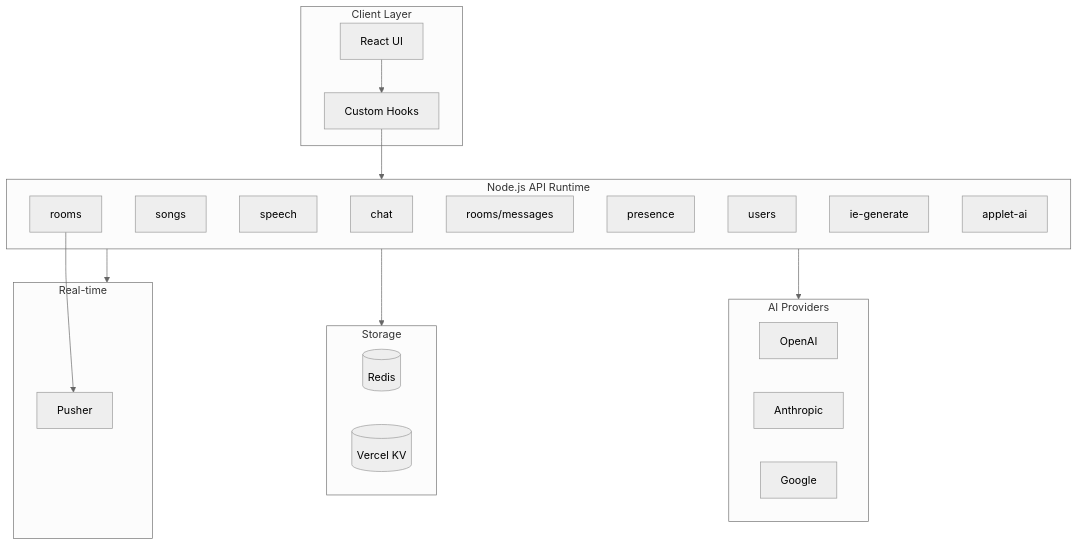
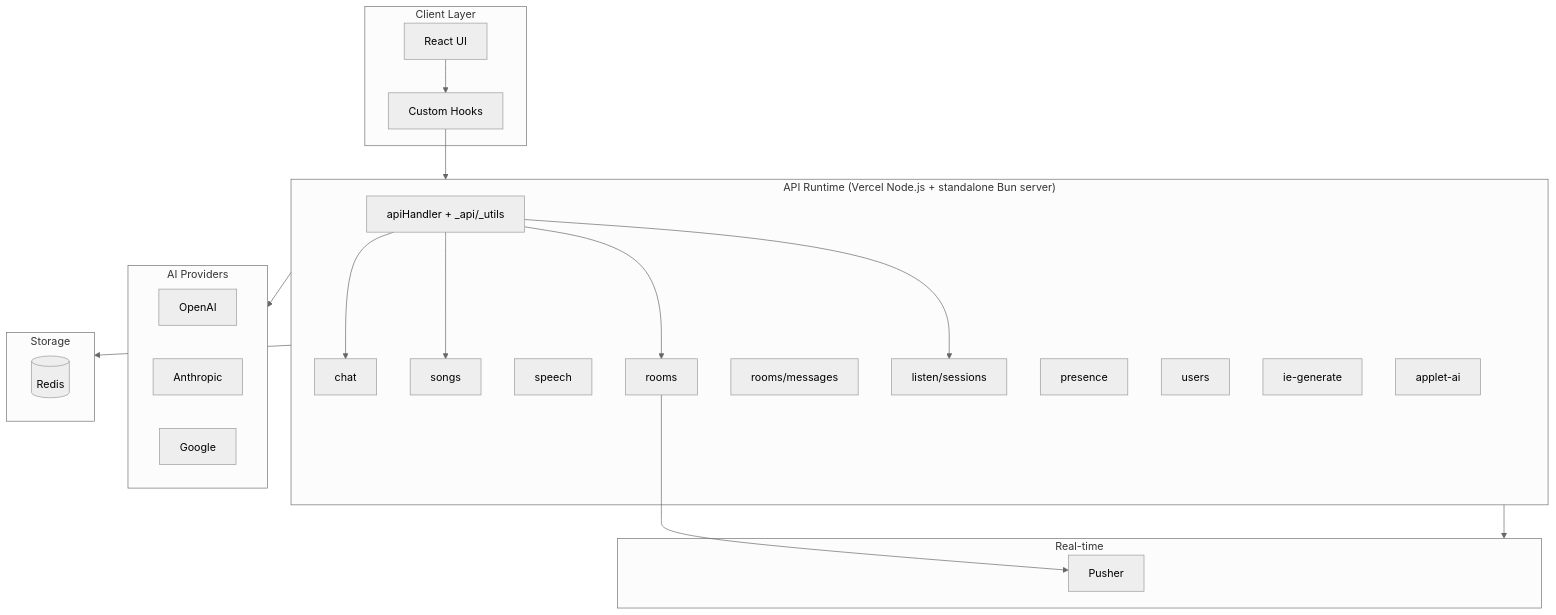
The first of 3 diagrams in docs/1.2-api-architecture.md (ryokun6/ryos), drawn with Mermaid (neutral theme) before and after one commit. The commit also changed other lines of this file and 2 other files, not shown here.

Commit message:
docs: refresh overview and architecture docs

````diff
--- a/docs/1.2-api-architecture.md
+++ b/docs/1.2-api-architecture.md
@@ -7,41 +7,46 @@
 ```mermaid
 graph TB
     subgraph Client["Client Layer"]
         UI[React UI]
         Hooks[Custom Hooks]
     end
     
-    subgraph API["Node.js API Runtime"]
+    subgraph API["API Runtime (Vercel Node.js + standalone Bun server)"]
+        Handler[apiHandler + _api/_utils]
         ChatAPI[chat]
         SongAPI[songs]
         SpeechAPI[speech]
         RoomsAPI[rooms]
         MessagesAPI[rooms/messages]
+        ListenAPI[listen/sessions]
         PresenceAPI[presence]
         UsersAPI[users]
         IEAPI[ie-generate]
         AppletAPI[applet-ai]
     end
     
     subgraph AI["AI Providers"]
         OpenAI[OpenAI]
         Anthropic[Anthropic]
         Google[Google]
     end
     
     subgraph Storage["Storage"]
         Redis[(Redis)]
-        KV[(Vercel KV)]
     end
     
     subgraph Realtime["Real-time"]
         Pusher[Pusher]
     end
     
     UI --> Hooks
     Hooks --> API
+    Handler --> ChatAPI
+    Handler --> SongAPI
+    Handler --> RoomsAPI
+    Handler --> ListenAPI
     API --> AI
     API --> Storage
     API --> Realtime
     RoomsAPI --> Pusher
 ```
````
